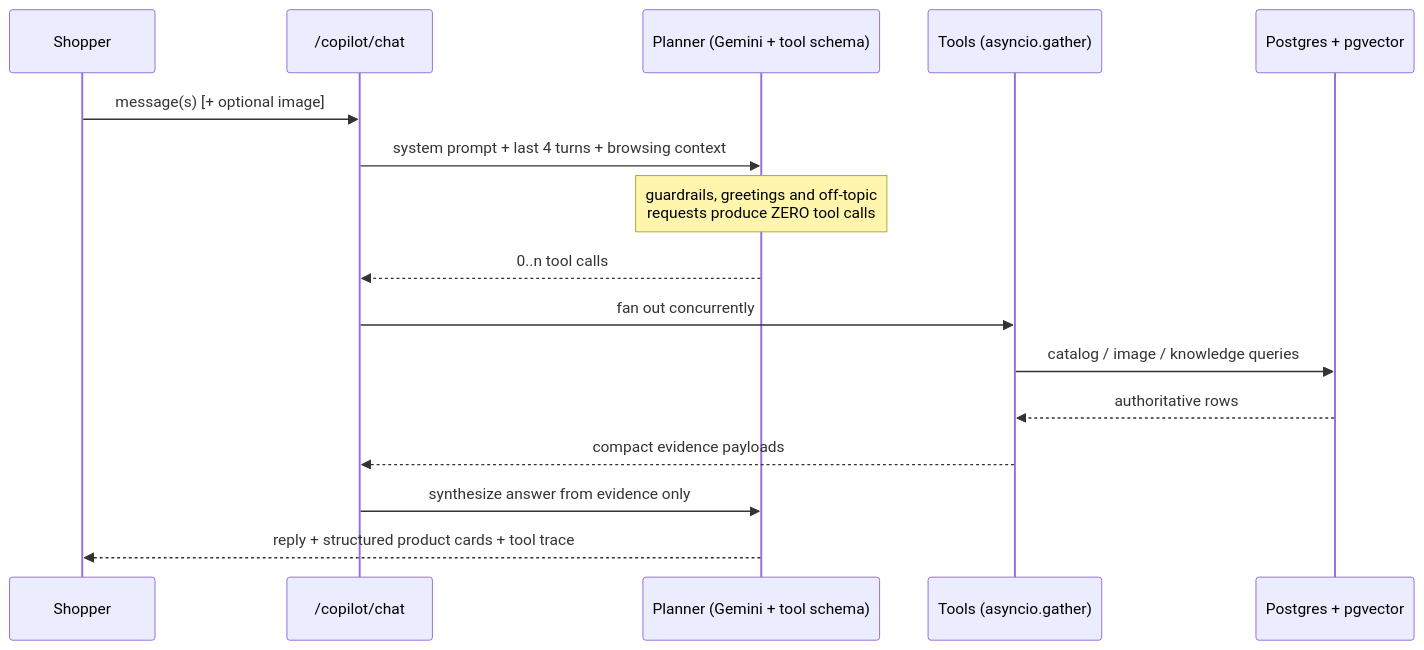
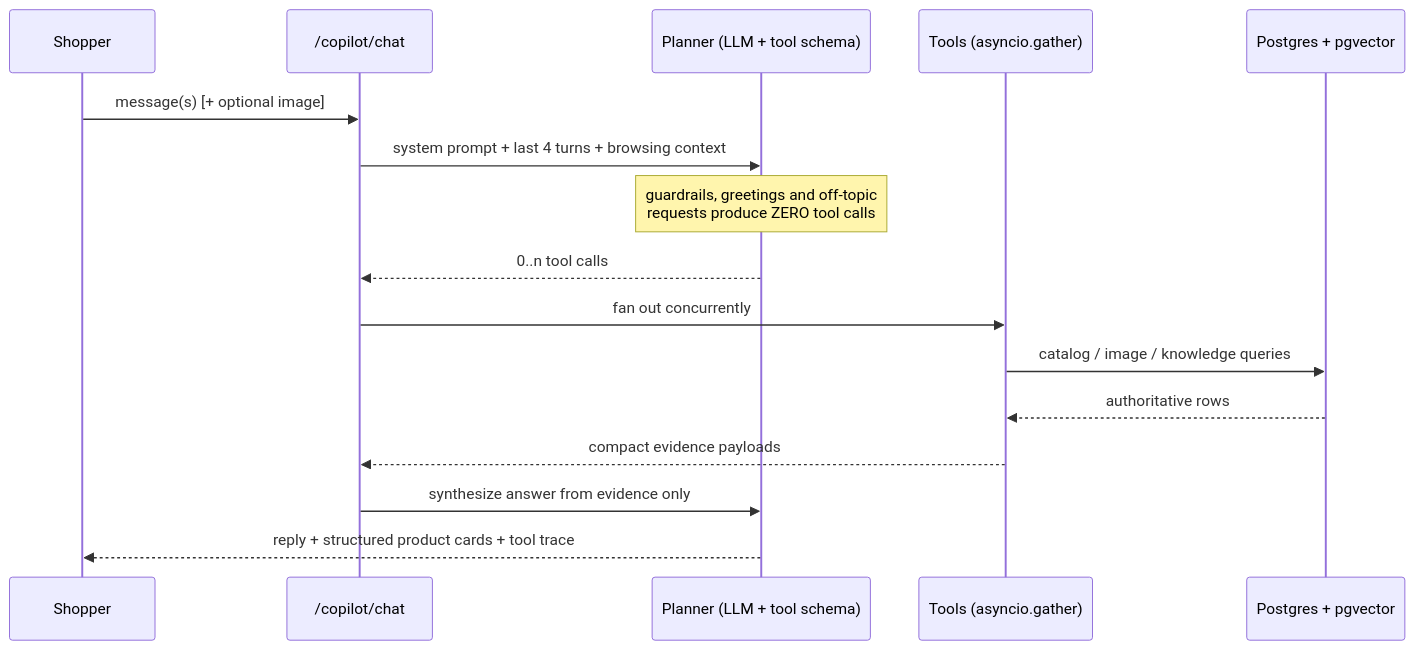
The fourth of 4 diagrams in README.md (marknshoot/toko-marcell), drawn with Mermaid before and after one commit. The commit also changed other lines of this file and 4 other files, not shown here.

````diff
--- a/README.md
+++ b/README.md
@@ -449,18 +452,18 @@
 ```mermaid
 sequenceDiagram
     participant S as Shopper
     participant API as /copilot/chat
-    participant P as Planner (Gemini + tool schema)
+    participant P as Planner (LLM + tool schema)
     participant T as Tools (asyncio.gather)
     participant D as Postgres + pgvector
     S->>API: message(s) [+ optional image]
     API->>P: system prompt + last 4 turns + browsing context
     Note over P: guardrails, greetings and off-topic<br/>requests produce ZERO tool calls
     P-->>API: 0..n tool calls
     API->>T: fan out concurrently
     T->>D: catalog / image / knowledge queries
     D-->>T: authoritative rows
     T-->>API: compact evidence payloads
     API->>P: synthesize answer from evidence only
     P-->>S: reply + structured product cards + tool trace
 ```
````
